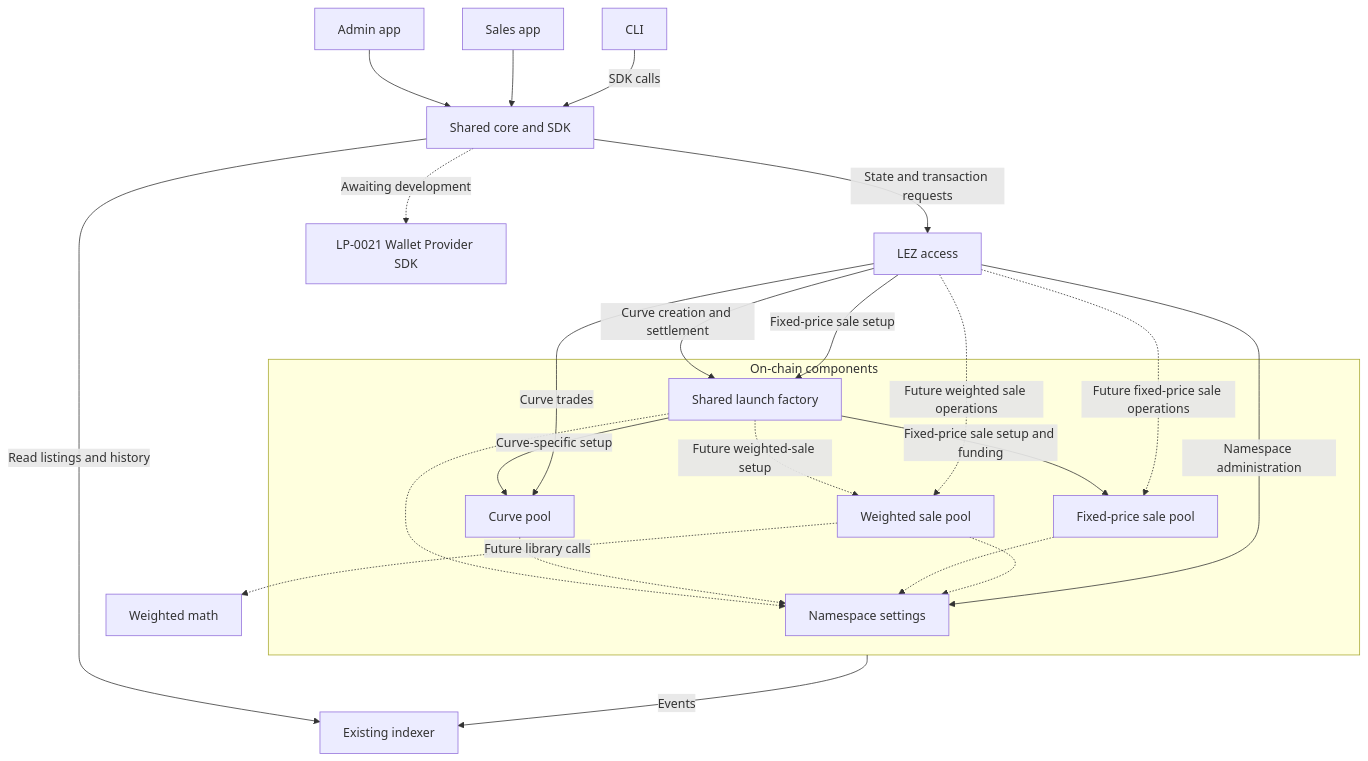
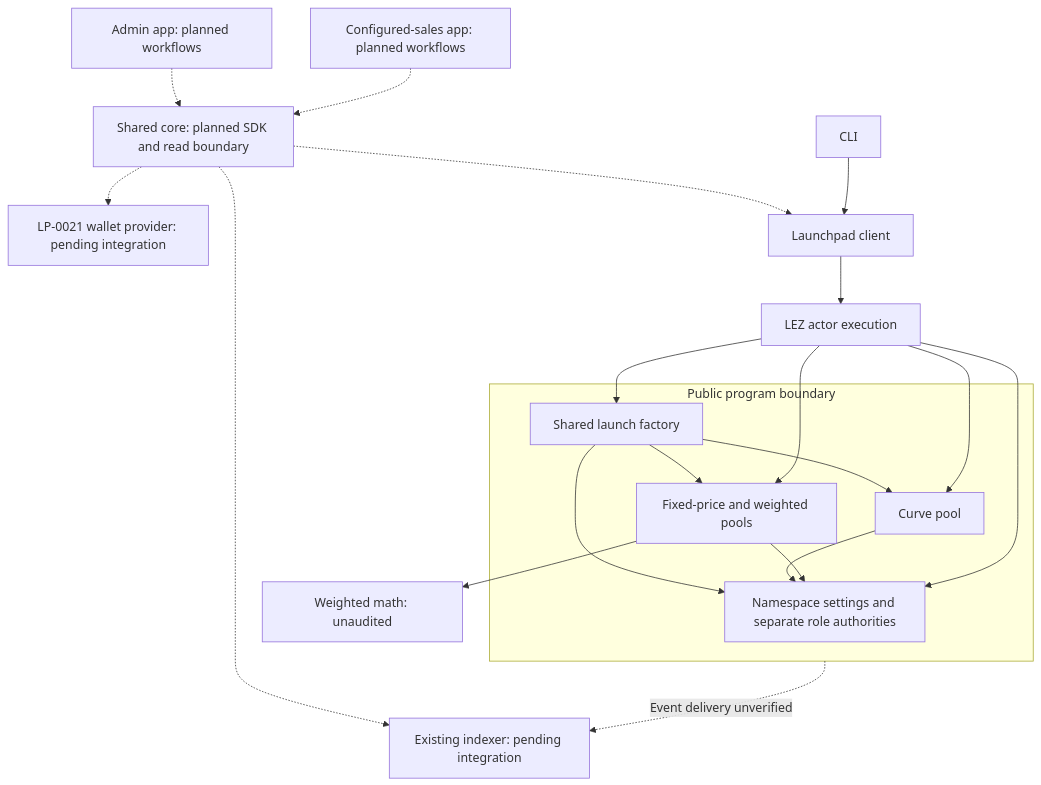
The diagram in docs/architecture/system.md (bleu/logos-launchpad), drawn with Mermaid before and after one commit. The commit also changed other lines of this file and 72 other files, not shown here.

````diff
--- a/docs/architecture/system.md
+++ b/docs/architecture/system.md
@@ -7,29 +7,29 @@
 ```mermaid
 flowchart TB
-    Admin[Admin app] --> Core[Shared core and SDK]
-    Sales[Sales app] --> Core
-    CLI[CLI] -->|SDK calls| Core
-    Core -->|State and transaction requests| LEZ[LEZ access]
-    Core -->|Read listings and history| Indexer[Existing indexer]
-    Core -.->|Awaiting development| Wallet[LP-0021 Wallet Provider SDK]
+    Admin[Admin app: planned workflows] -.-> Core[Shared core: planned SDK and read boundary]
+    Sales[Configured-sales app: planned workflows] -.-> Core
+    Core -.-> Wallet[LP-0021 wallet provider: pending integration]
+    Core -.-> Indexer[Existing indexer: pending integration]
+    Core -.-> Client[Launchpad client]
+    CLI[CLI] --> Client
+    Client --> LEZ[LEZ actor execution]
 
-    subgraph Programs[On-chain components]
-        Namespace[Namespace settings]
-        LaunchFactory[Shared launch factory] -->|Curve-specific setup| CurvePool[Curve pool]
-        LaunchFactory -->|Fixed-price sale setup and funding| FixedPriceSale[Fixed-price sale pool]
-        LaunchFactory -.->|Future weighted-sale setup| WeightedSale[Weighted sale pool]
-        LaunchFactory -.-> Namespace
-        CurvePool -.-> Namespace
-        FixedPriceSale -.-> Namespace
-        WeightedSale -.-> Namespace
+    subgraph Programs[Public program boundary]
+        Namespace[Namespace settings and separate role authorities]
+        Factory[Shared launch factory]
+        Curve[Curve pool]
+        LBP[Fixed-price and weighted pools]
+        Factory --> Curve
+        Factory --> LBP
+        Factory --> Namespace
+        Curve --> Namespace
+        LBP --> Namespace
     end
 
-    LEZ -->|Namespace administration| Namespace
-    LEZ -->|Curve creation and settlement| LaunchFactory
-    LEZ -->|Fixed-price sale setup| LaunchFactory
-    LEZ -->|Curve trades| CurvePool
-    LEZ -.->|Future fixed-price sale operations| FixedPriceSale
-    LEZ -.->|Future weighted sale operations| WeightedSale
-    Programs -->|Events| Indexer
-    WeightedSale -.->|Future library calls| Math[Weighted math]
+    LEZ --> Factory
+    LEZ --> Curve
+    LEZ --> LBP
+    LEZ --> Namespace
+    LBP --> Math[Weighted math: unaudited]
+    Programs -.->|Event delivery unverified| Indexer
 ```
````
